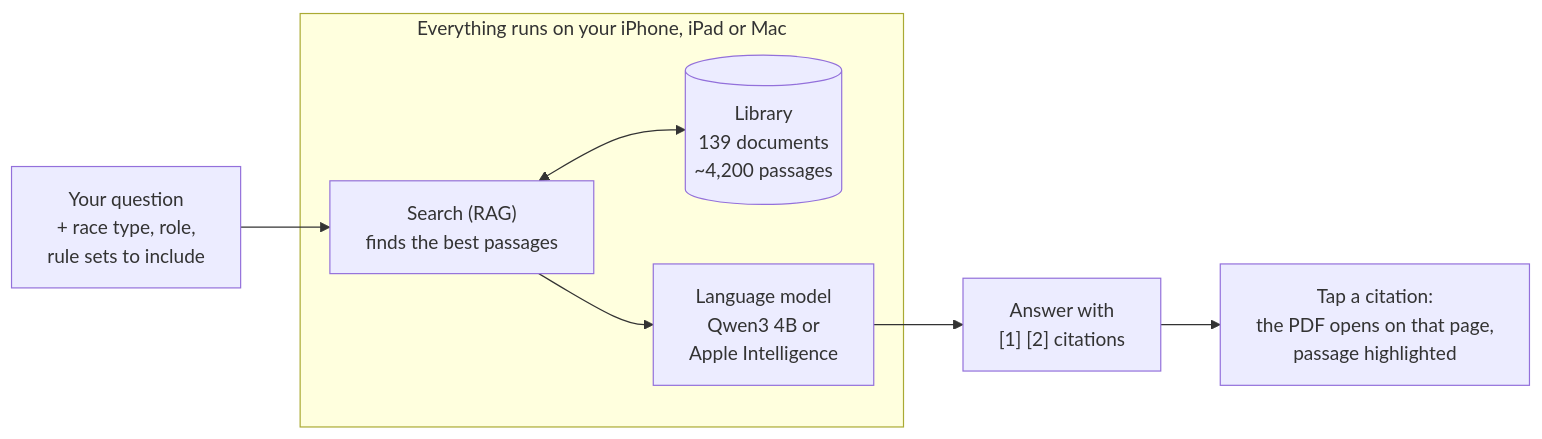
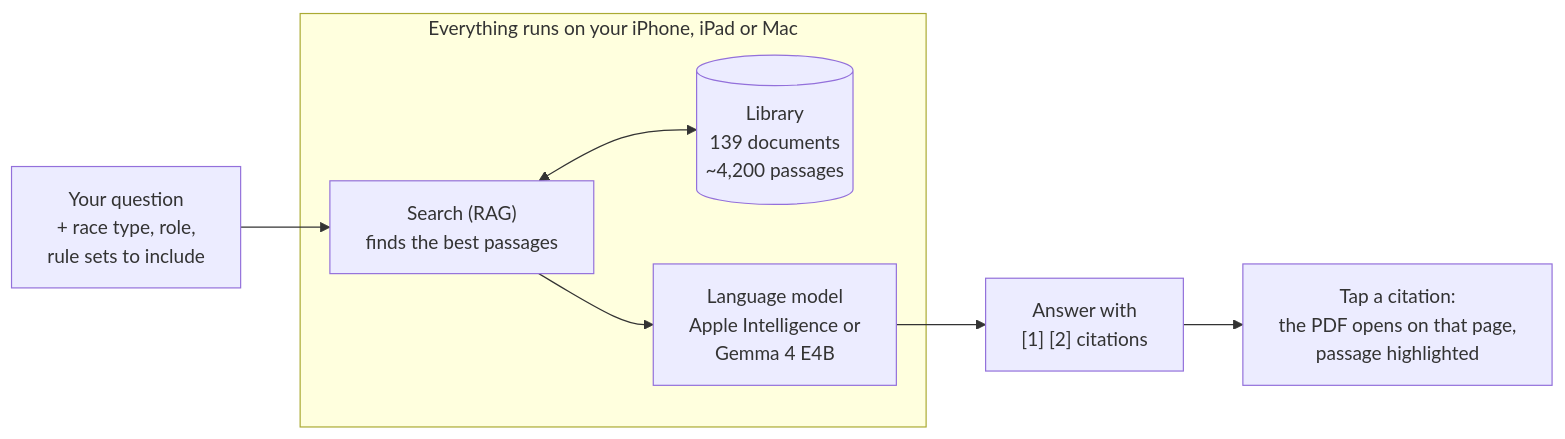
Before and after one commit to hofftodd/arc-alpine-racing-companion: the diagram in ARCHITECTURE.md, drawn with Mermaid. The commit also changed other lines of this file, not shown here.

Commit message:
Update ARCHITECTURE.md for the new models, quote check and search changes

````diff
--- a/ARCHITECTURE.md
+++ b/ARCHITECTURE.md
@@ -17,10 +17,10 @@
 ```mermaid
 flowchart LR
     Q["Your question<br/>+ race type, role,<br/>rule sets to include"] --> S
     subgraph Phone["Everything runs on your iPhone, iPad or Mac"]
         S["Search (RAG)<br/>finds the best passages"] <--> DB[("Library<br/>139 documents<br/>~4,200 passages")]
-        S --> L["Language model<br/>Qwen3 4B or<br/>Apple Intelligence"]
+        S --> L["Language model<br/>Apple Intelligence or<br/>Gemma 4 E4B"]
     end
     L --> A["Answer with<br/>[1] [2] citations"]
     A --> P["Tap a citation:<br/>the PDF opens on that page,<br/>passage highlighted"]
 ```
````
